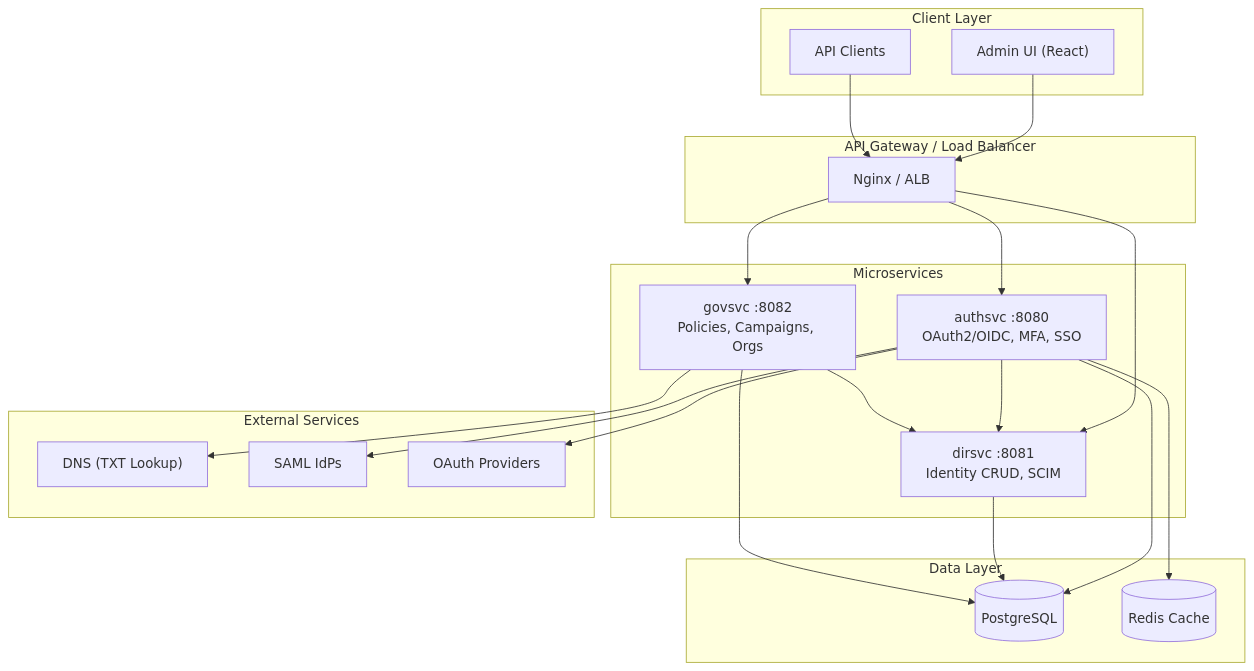
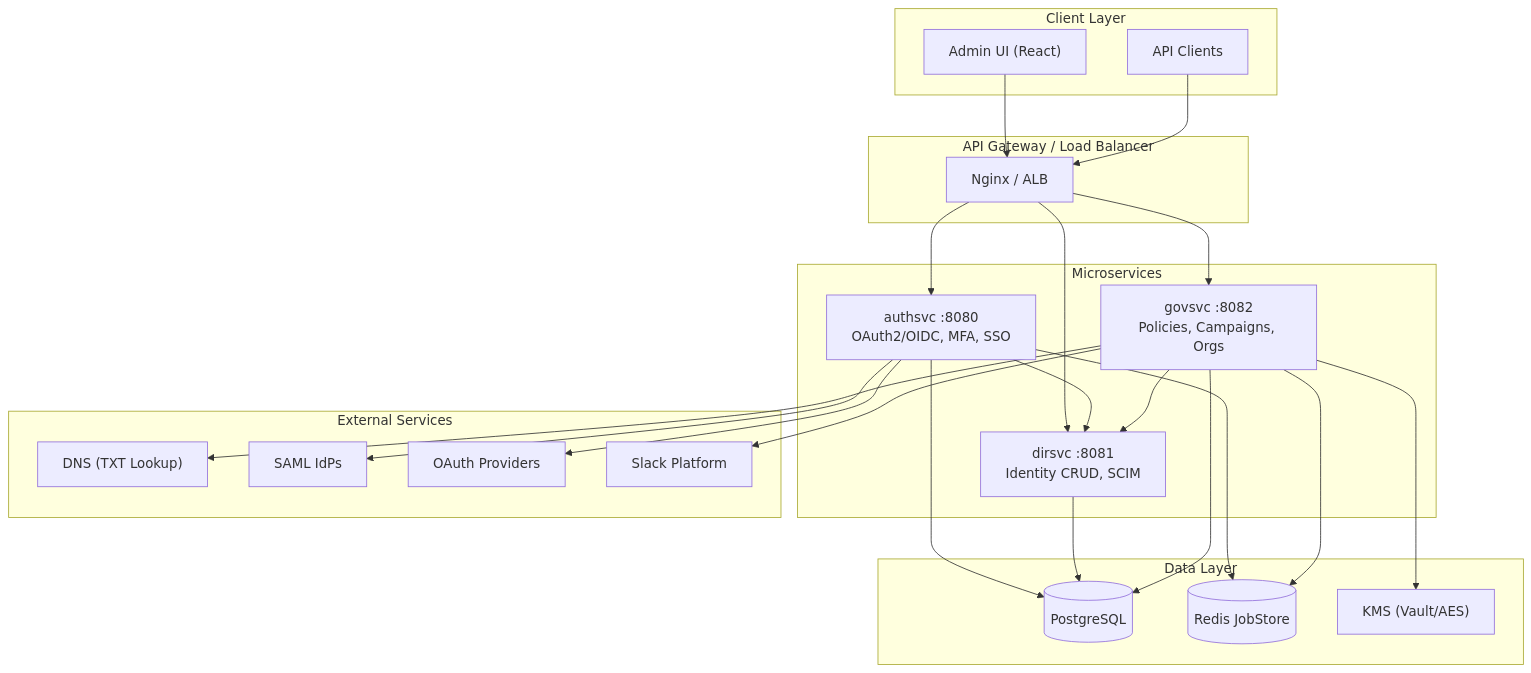
The second of 4 diagrams in docs/ARCHITECTURE.md (dhawalhost/wardseal), drawn with Mermaid before and after one commit. The commit also changed other lines of this file and 3 other files, not shown here.

Commit message:
docs: add architecture and implementation guides for ChatOps and policy evaluation systems

````diff
--- a/docs/ARCHITECTURE.md
+++ b/docs/ARCHITECTURE.md
@@ -127,46 +147,51 @@
 ```mermaid
 flowchart TB
     subgraph Client["Client Layer"]
         Browser["Admin UI (React)"]
         API["API Clients"]
     end
     
     subgraph Gateway["API Gateway / Load Balancer"]
         LB["Nginx / ALB"]
     end
     
     subgraph Services["Microservices"]
         AuthSvc["authsvc :8080<br/>OAuth2/OIDC, MFA, SSO"]
         DirSvc["dirsvc :8081<br/>Identity CRUD, SCIM"]
         GovSvc["govsvc :8082<br/>Policies, Campaigns, Orgs"]
     end
     
     subgraph Data["Data Layer"]
         Postgres[(PostgreSQL)]
-        Redis[(Redis Cache)]
+        Redis[(Redis JobStore)]
+        KMS["KMS (Vault/AES)"]
     end
     
     subgraph External["External Services"]
         DNS["DNS (TXT Lookup)"]
         SAML["SAML IdPs"]
         Social["OAuth Providers"]
+        Slack["Slack Platform"]
     end
     
     Browser --> LB
     API --> LB
     LB --> AuthSvc
     LB --> DirSvc
     LB --> GovSvc
     
     AuthSvc --> Postgres
     AuthSvc --> Redis
     AuthSvc --> DirSvc
     AuthSvc --> SAML
     AuthSvc --> Social
     
     DirSvc --> Postgres
     
     GovSvc --> Postgres
     GovSvc --> DirSvc
     GovSvc --> DNS
+    GovSvc --> KMS
+    GovSvc --> Redis
+    GovSvc --> Slack
 ```
````
